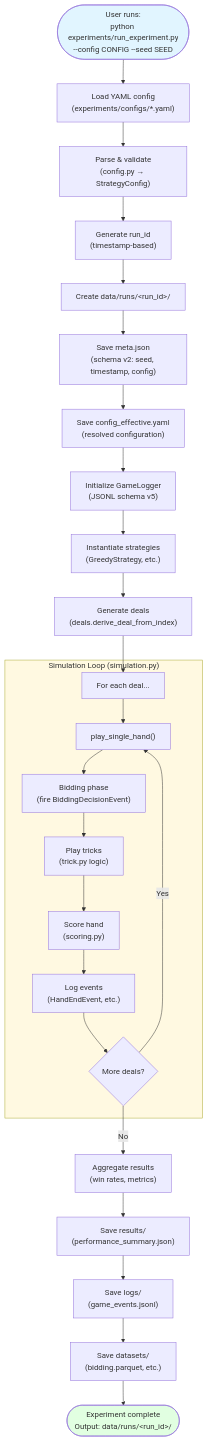
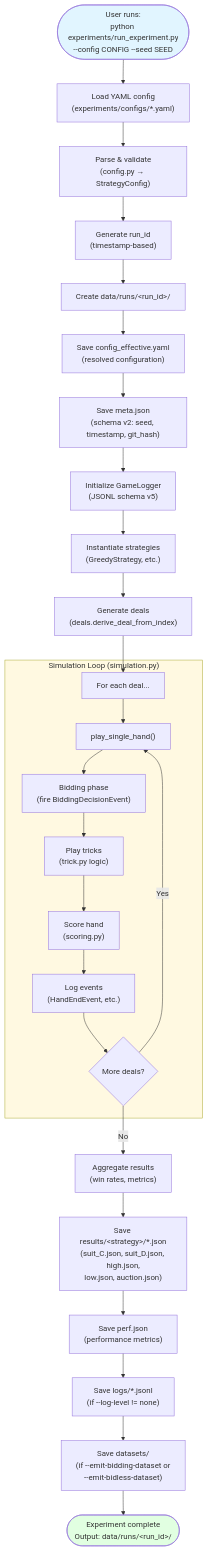
One commit to Questuart/Bid-Euchre changed the second of 8 diagrams in docs/FLOW_DIAGRAM.md. Above: the diagram before and after it, drawn with Mermaid. The commit also changed other lines of this file, not shown here.

First line of the commit message:
docs: align FLOW_DIAGRAM with current execution + artifacts

````diff
--- a/docs/FLOW_DIAGRAM.md
+++ b/docs/FLOW_DIAGRAM.md
@@ -92,40 +120,41 @@
 ```mermaid
 flowchart TD
     Start([User runs:<br/>python experiments/run_experiment.py<br/>--config CONFIG --seed SEED])
 
     Start --> LoadConfig["Load YAML config<br/>(experiments/configs/*.yaml)"]
     LoadConfig --> ParseConfig["Parse & validate<br/>(config.py → StrategyConfig)"]
 
     ParseConfig --> CreateRunID["Generate run_id<br/>(timestamp-based)"]
     CreateRunID --> CreateRunDir["Create data/runs/&lt;run_id&gt;/"]
 
-    CreateRunDir --> SaveMeta["Save meta.json<br/>(schema v2: seed, timestamp, config)"]
-    SaveMeta --> SaveEffectiveConfig["Save config_effective.yaml<br/>(resolved configuration)"]
+    CreateRunDir --> SaveEffectiveConfig["Save config_effective.yaml<br/>(resolved configuration)"]
+    SaveEffectiveConfig --> SaveMeta["Save meta.json<br/>(schema v2: seed, timestamp, git_hash)"]
 
-    SaveEffectiveConfig --> InitLogger["Initialize GameLogger<br/>(JSONL schema v5)"]
+    SaveMeta --> InitLogger["Initialize GameLogger<br/>(JSONL schema v5)"]
     InitLogger --> InitStrategies["Instantiate strategies<br/>(GreedyStrategy, etc.)"]
 
     InitStrategies --> GenerateDeals["Generate deals<br/>(deals.derive_deal_from_index)"]
 
     GenerateDeals --> SimLoop["For each deal..."]
 
     subgraph Simulation["Simulation Loop (simulation.py)"]
         SimLoop --> PlayHand["play_single_hand()"]
         PlayHand --> Bidding["Bidding phase<br/>(fire BiddingDecisionEvent)"]
         Bidding --> PlayTricks["Play tricks<br/>(trick.py logic)"]
         PlayTricks --> Score["Score hand<br/>(scoring.py)"]
         Score --> LogEvents["Log events<br/>(HandEndEvent, etc.)"]
         LogEvents --> NextDeal{More deals?}
         NextDeal -->|Yes| PlayHand
     end
 
     NextDeal -->|No| Aggregate["Aggregate results<br/>(win rates, metrics)"]
-    Aggregate --> SaveResults["Save results/<br/>(performance_summary.json)"]
-    SaveResults --> SaveLogs["Save logs/<br/>(game_events.jsonl)"]
-    SaveLogs --> SaveDatasets["Save datasets/<br/>(bidding.parquet, etc.)"]
+    Aggregate --> SaveResults["Save results/&lt;strategy&gt;/*.json<br/>(suit_C.json, suit_D.json, high.json,<br/>low.json, auction.json)"]
+    SaveResults --> SavePerf["Save perf.json<br/>(performance metrics)"]
+    SavePerf --> SaveLogs["Save logs/*.jsonl<br/>(if --log-level != none)"]
+    SaveLogs --> SaveDatasets["Save datasets/<br/>(if --emit-bidding-dataset or<br/>--emit-bidless-dataset)"]
     SaveDatasets --> End([Experiment complete<br/>Output: data/runs/&lt;run_id&gt;/])
 
     style Start fill:#e1f5ff
     style End fill:#e1ffe1
     style Simulation fill:#fff9e1
 ```
````
